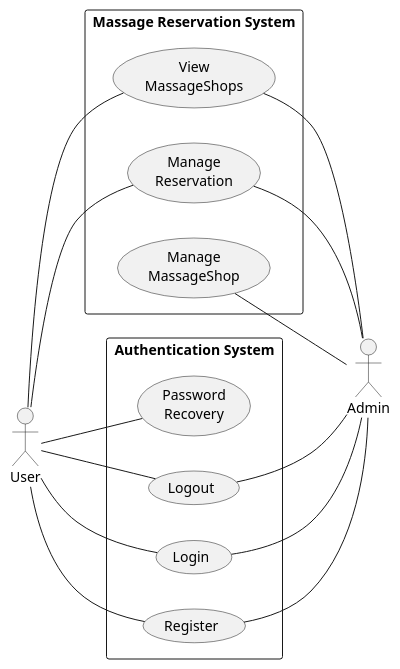
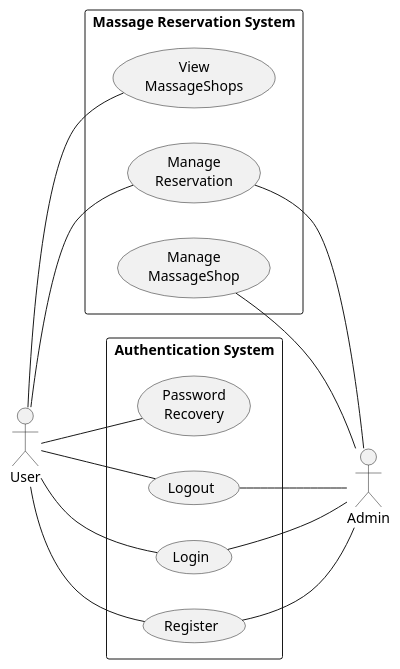
One commit to PoomThammasorn/MassageReservation-SWDev changed the diagram in UML/Usecase/MRSusecase.puml. Above: the diagram before and after it, drawn with PlantUML.

Commit message:
Edit Usecase

```diff
--- a/UML/Usecase/MRSusecase.puml
+++ b/UML/Usecase/MRSusecase.puml
@@ -1,33 +1,32 @@
 @startuml MassageReservationSystemUseCaseDiagram
 left to right direction
 actor "User" as user
 
 rectangle "Massage Reservation System" as MRS {    
     usecase "View\nMassageShops" as viewMassageShops
     usecase "Manage\nReservation" as manageReservation
     usecase "Manage\nMassageShop" as manageMassageShop
 }
 
 rectangle "Authentication System" as Auth {    
     usecase "Password\nRecovery" as passwdRecovery
     usecase "Logout" as logout
     usecase "Login" as login
     usecase "Register" as register
 }
 
 user -- register
 user -- login
 user -- logout
 user -- passwdRecovery
 user -- viewMassageShops
 user -- manageReservation
 
 actor "Admin" as admin
 register -- admin
 login -- admin
 logout -- admin
 manageMassageShop -- admin
-viewMassageShops -- admin
 manageReservation -- admin
 
 @enduml
```
